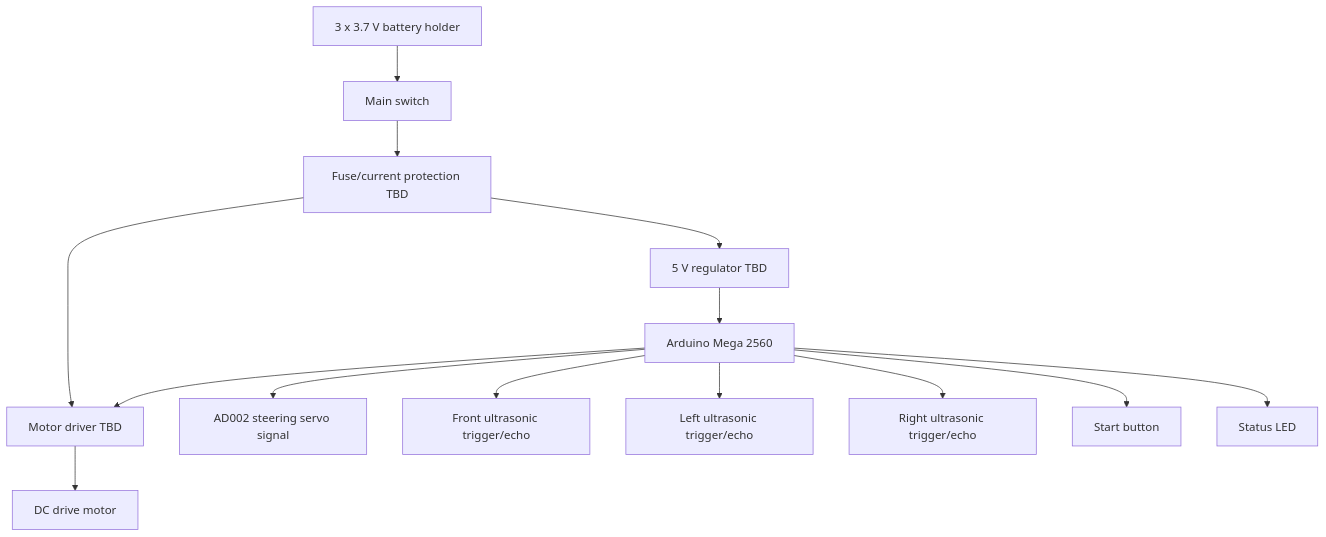
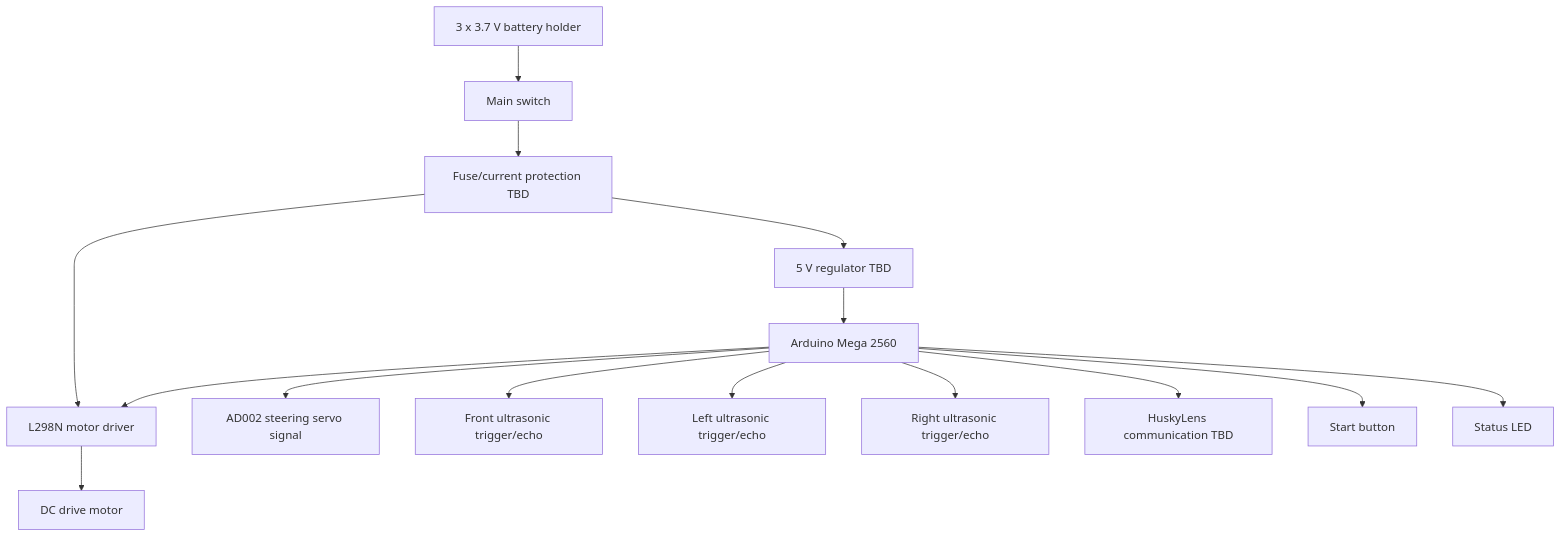
The diagram in schemes/electromechanical_overview.md (Yamilgmr/SKRobotics_WRO2026), drawn with Mermaid before and after one commit. The commit also changed other lines of this file and 22 other files, not shown here.

````diff
--- a/schemes/electromechanical_overview.md
+++ b/schemes/electromechanical_overview.md
@@ -5,16 +5,17 @@
 ```mermaid
 flowchart TD
     BAT["3 x 3.7 V battery holder"] --> SW["Main switch"]
     SW --> PROT["Fuse/current protection TBD"]
     PROT --> REG["5 V regulator TBD"]
-    PROT --> DRV["Motor driver TBD"]
+    PROT --> DRV["L298N motor driver"]
     REG --> MEGA["Arduino Mega 2560"]
     MEGA --> SERVO["AD002 steering servo signal"]
     MEGA --> USF["Front ultrasonic trigger/echo"]
     MEGA --> USL["Left ultrasonic trigger/echo"]
     MEGA --> USR["Right ultrasonic trigger/echo"]
+    MEGA --> CAM["HuskyLens communication TBD"]
     MEGA --> BTN["Start button"]
     MEGA --> LED["Status LED"]
     MEGA --> DRV
     DRV --> MOTOR["DC drive motor"]
 ```
````
